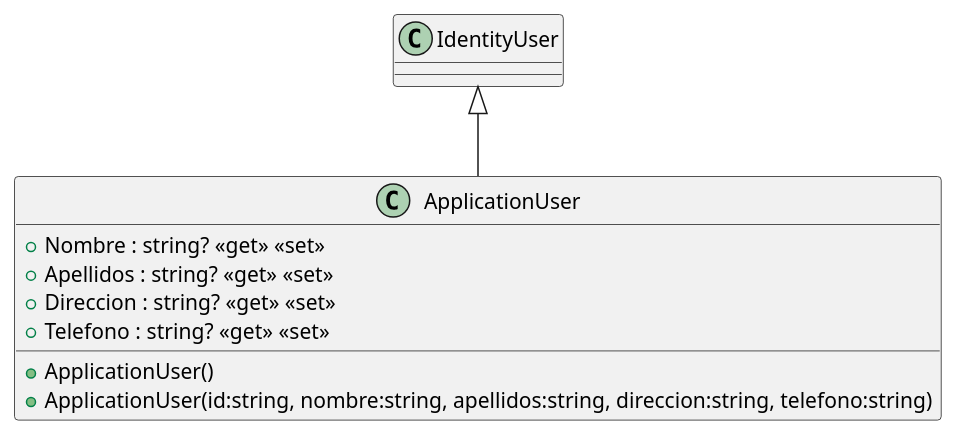
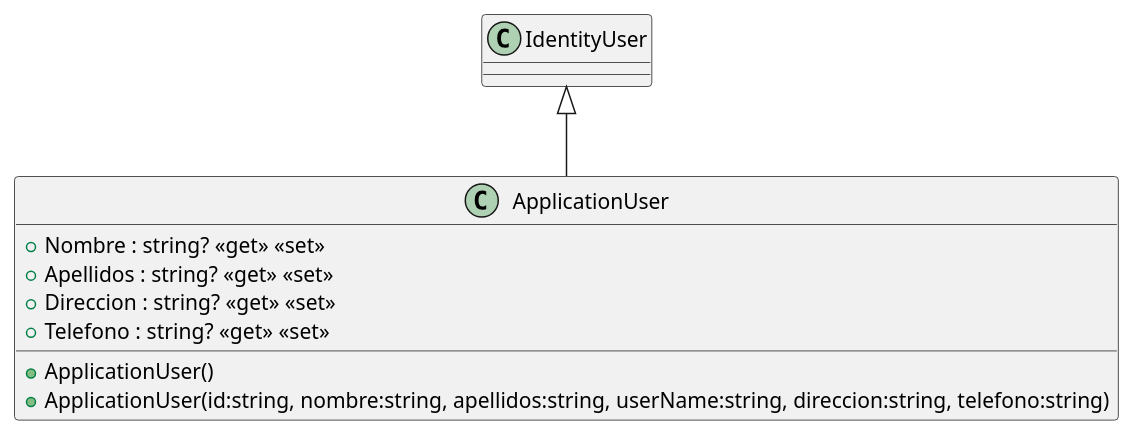
The diagram in src/AppForSEII.API/ClassDiagram/ApplicationUser.puml (ISII2627DDNProject/ISII2627DDNProject), drawn with PlantUML before and after one commit. The commit also changed 2 other files, not shown here.

Commit message:
Atributos telefono y direccion añadidos a ApplicationUser

```diff
--- a/src/AppForSEII.API/ClassDiagram/ApplicationUser.puml
+++ b/src/AppForSEII.API/ClassDiagram/ApplicationUser.puml
@@ -1,11 +1,11 @@
 @startuml
 class ApplicationUser {
     + ApplicationUser()
-    + ApplicationUser(id:string, nombre:string, apellidos:string, direccion:string, telefono:string)
+    + ApplicationUser(id:string, nombre:string, apellidos:string, userName:string, direccion:string, telefono:string)
     + Nombre : string? <<get>> <<set>>
     + Apellidos : string? <<get>> <<set>>
     + Direccion : string? <<get>> <<set>>
     + Telefono : string? <<get>> <<set>>
 }
 IdentityUser <|-- ApplicationUser
 @enduml
```
